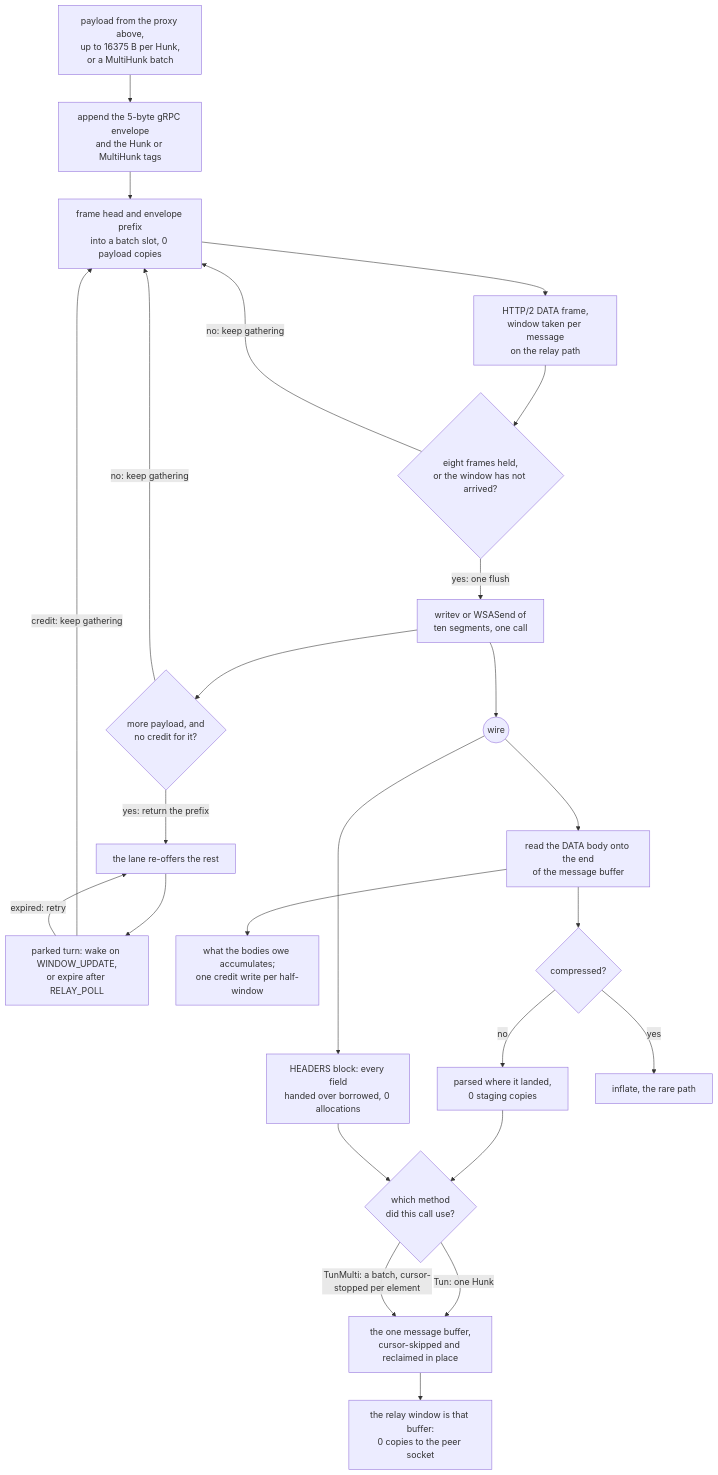
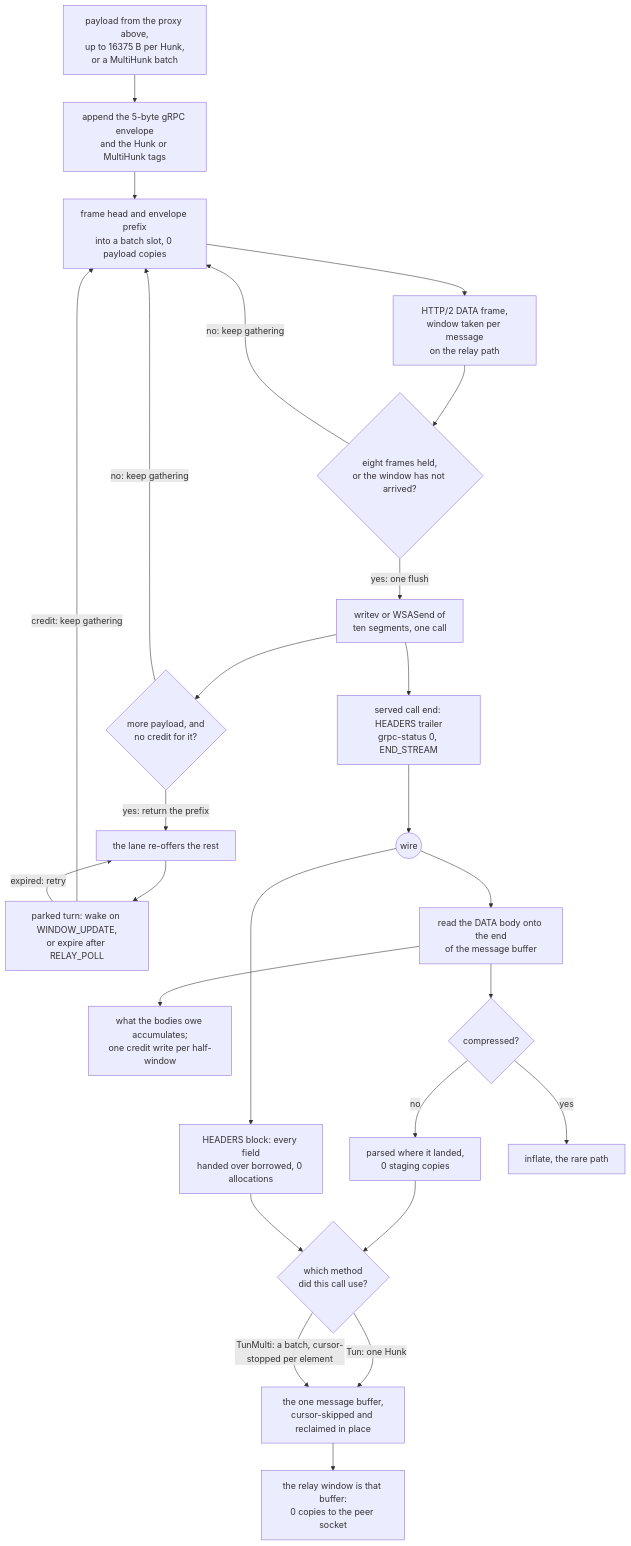
One commit to Ferrocite/ferrox changed the diagram in docs/function/carrier-grpc.md. Above: the diagram before and after it, drawn with Mermaid. The commit also changed other lines of this file and 3 other files, not shown here.

Commit message:
grpc: end a served call with a grpc-status trailer

````diff
--- a/docs/function/carrier-grpc.md
+++ b/docs/function/carrier-grpc.md
@@ -17,27 +17,28 @@
 ```mermaid
 graph TD
     A["payload from the proxy above,<br/>up to 16375 B per Hunk,<br/>or a MultiHunk batch"] --> B["append the 5-byte gRPC envelope<br/>and the Hunk or MultiHunk tags"]
     B --> C["frame head and envelope prefix<br/>into a batch slot, 0 payload copies"]
     C --> D["HTTP/2 DATA frame,<br/>window taken per message<br/>on the relay path"]
     D --> P{"eight frames held,<br/>or the window has not arrived?"}
     P -- "no: keep gathering" --> C
     P -- "yes: one flush" --> Q["writev or WSASend of<br/>ten segments, one call"]
     Q --> W{"more payload, and<br/>no credit for it?"}
     W -- "no: keep gathering" --> C
     W -- "yes: return the prefix" --> Y["the lane re-offers the rest"]
     Y --> X["parked turn: wake on WINDOW_UPDATE,<br/>or expire after RELAY_POLL"]
     X -- "credit: keep gathering" --> C
     X -- "expired: retry" --> Y
-    Q --> E(("wire"))
+    Q --> T["served call end: HEADERS trailer<br/>grpc-status 0, END_STREAM"]
+    T --> E(("wire"))
     E --> F["read the DATA body onto the end<br/>of the message buffer"]
     E --> L["HEADERS block: every field<br/>handed over borrowed, 0 allocations"]
     F --> N["what the bodies owe accumulates;<br/>one credit write per half-window"]
     F --> G{"compressed?"}
     G -- no --> H["parsed where it landed,<br/>0 staging copies"]
     G -- yes --> I["inflate, the rare path"]
     H --> M{"which method<br/>did this call use?"}
     L --> M
     M -- "Tun: one Hunk" --> J
     M -- "TunMulti: a batch, cursor-stopped per element" --> J["the one message buffer,<br/>cursor-skipped and reclaimed in place"]
     J --> K["the relay window is that buffer:<br/>0 copies to the peer socket"]
 ```
````
